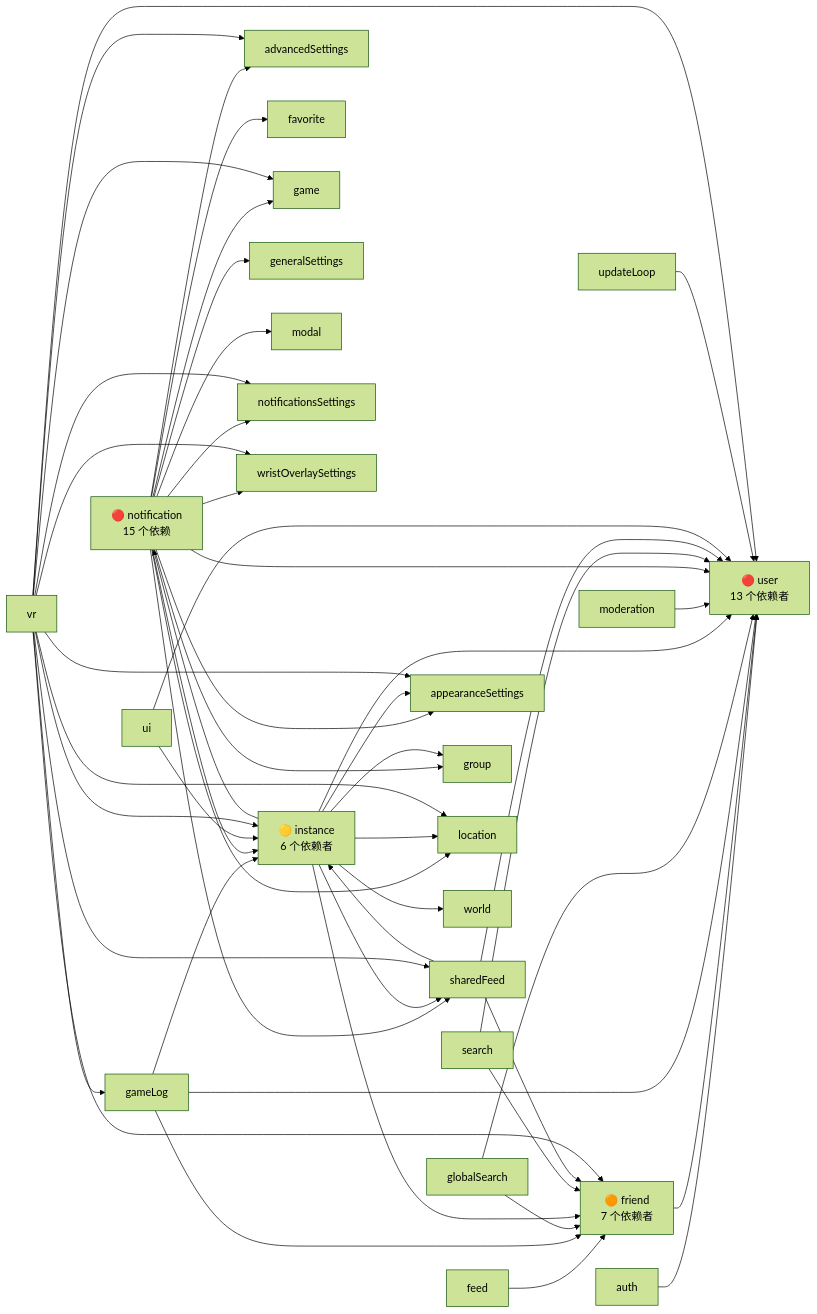
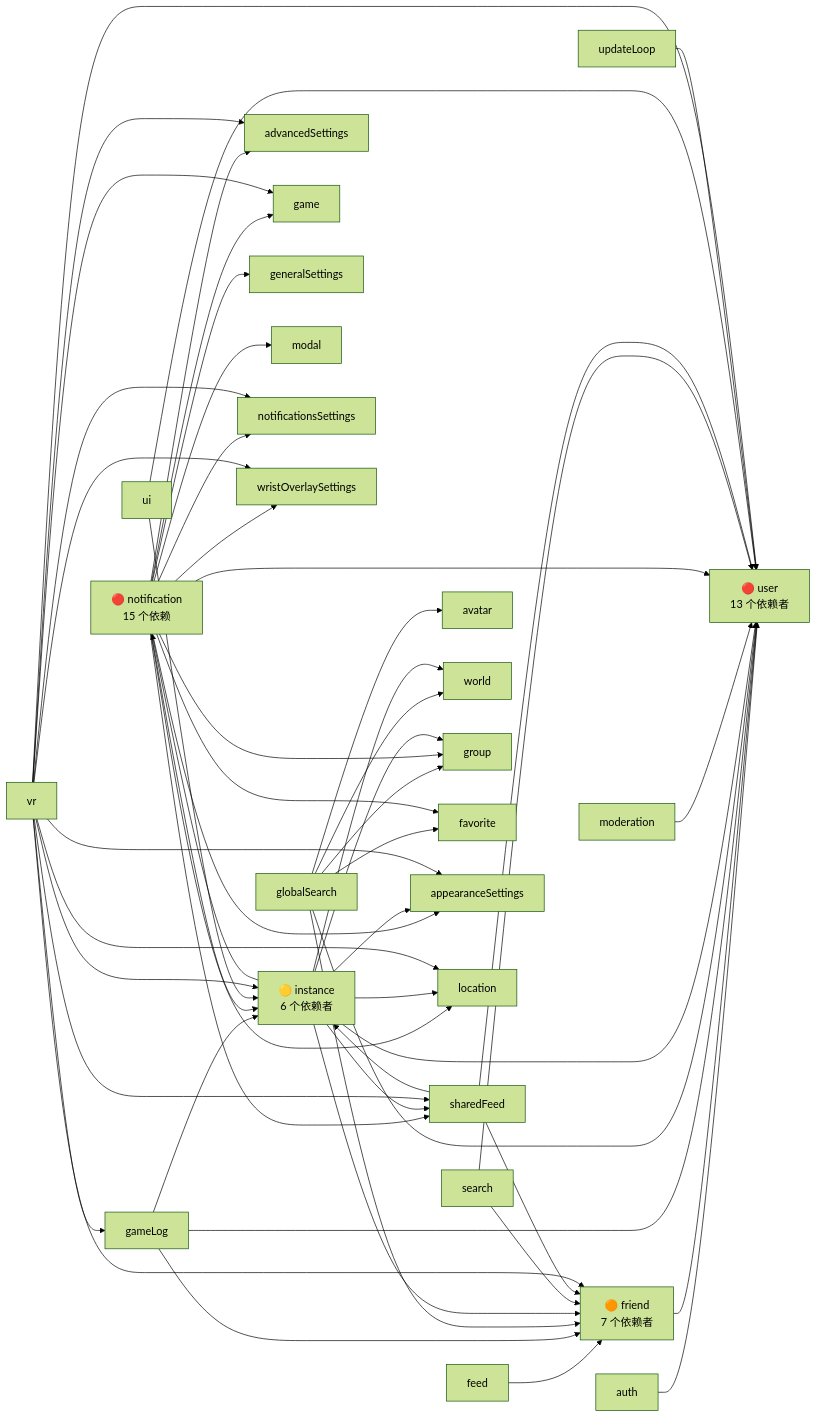
One commit to Map1en/vrcx-docs changed the diagram in zh/architecture/dependencies.md. Above: the diagram before and after it, drawn with Mermaid (forest theme). The commit also changed other lines of this file and 17 other files, not shown here.

````diff
--- a/zh/architecture/dependencies.md
+++ b/zh/architecture/dependencies.md
@@ -5,70 +5,76 @@
 ```mermaid
 graph LR
     %% 高风险节点（红色）
     user["🔴 user<br/>13 个依赖者"]
     notification["🔴 notification<br/>15 个依赖"]
     
     %% 中高风险（橙色）
     friend["🟠 friend<br/>7 个依赖者"]
     instance["🟡 instance<br/>6 个依赖者"]
     
     %% 依赖 user 的 store
     auth --> user
     friend --> user
     gameLog --> user
     globalSearch --> user
     instance --> user
     moderation --> user
     notification --> user
     search --> user
     sharedFeed --> user
     ui --> user
     updateLoop --> user
     vr --> user
 
     %% 依赖 friend 的 store
     feed --> friend
     gameLog --> friend
     globalSearch --> friend
     instance --> friend
     search --> friend
     sharedFeed --> friend
     vr --> friend
+
+    %% globalSearch 的额外依赖（Web Worker 内使用）
+    globalSearch --> avatar
+    globalSearch --> world
+    globalSearch --> group
+    globalSearch --> favorite
 
     %% 依赖 instance 的 store
     gameLog --> instance
     notification --> instance
     sharedFeed --> instance
     ui --> instance
     vr --> instance
 
     %% notification 的依赖（它导入了很多 store）
     notification --> advancedSettings
     notification --> appearanceSettings
     notification --> favorite
     notification --> game
     notification --> generalSettings
     notification --> group
     notification --> location
     notification --> modal
     notification --> notificationsSettings
     notification --> sharedFeed
     notification --> wristOverlaySettings
 
     %% 其他重要依赖
     instance --> appearanceSettings
     instance --> group
     instance --> location
     instance --> notification
     instance --> sharedFeed
     instance --> world
 
     vr --> advancedSettings
     vr --> appearanceSettings
     vr --> gameLog
     vr --> game
     vr --> location
     vr --> notificationsSettings
     vr --> sharedFeed
     vr --> wristOverlaySettings
 ```
````
